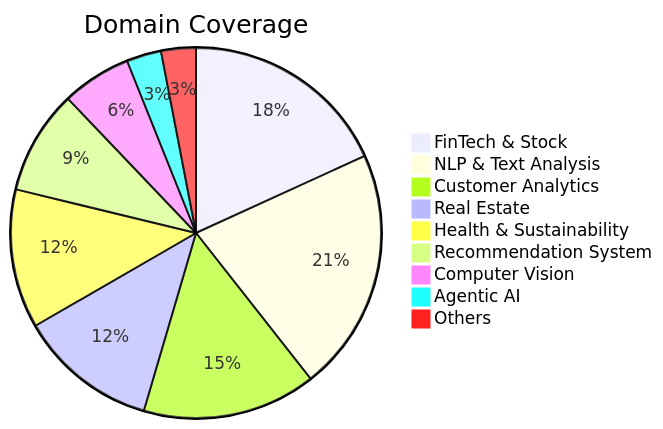
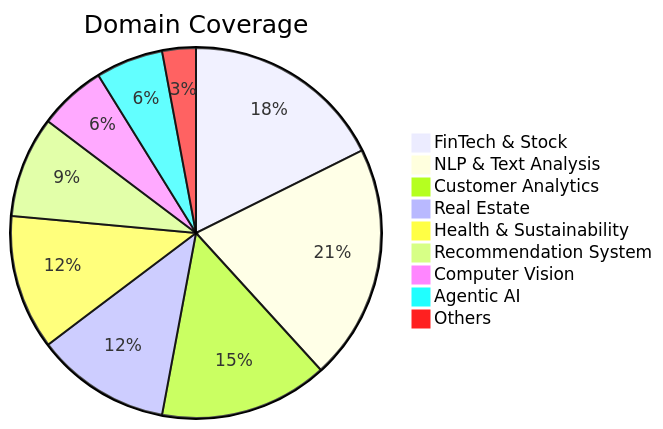
The second of 3 diagrams in README.md (HarshChoudhary2003/Machine_Learning_Projects), drawn with Mermaid before and after one commit. The commit also changed other lines of this file and 4 other files, not shown here.

````diff
--- a/README.md
+++ b/README.md
@@ -99,12 +99,12 @@
 ```mermaid
 pie title Domain Coverage
     "FinTech & Stock" : 6
     "NLP & Text Analysis" : 7
     "Customer Analytics" : 5
     "Real Estate" : 4
     "Health & Sustainability" : 4
     "Recommendation System" : 3
     "Computer Vision" : 2
-    "Agentic AI" : 1
+    "Agentic AI" : 2
     "Others" : 1
 ```
````
